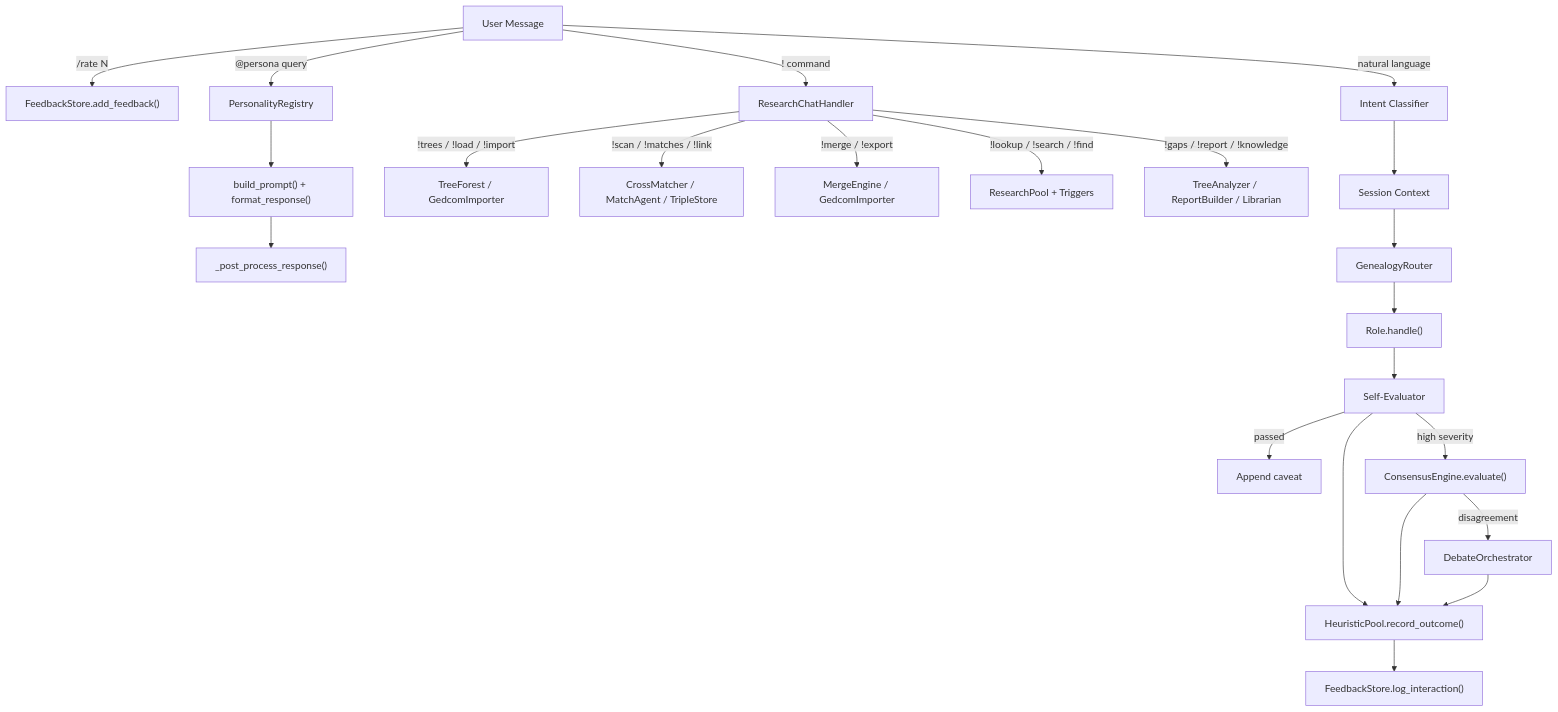
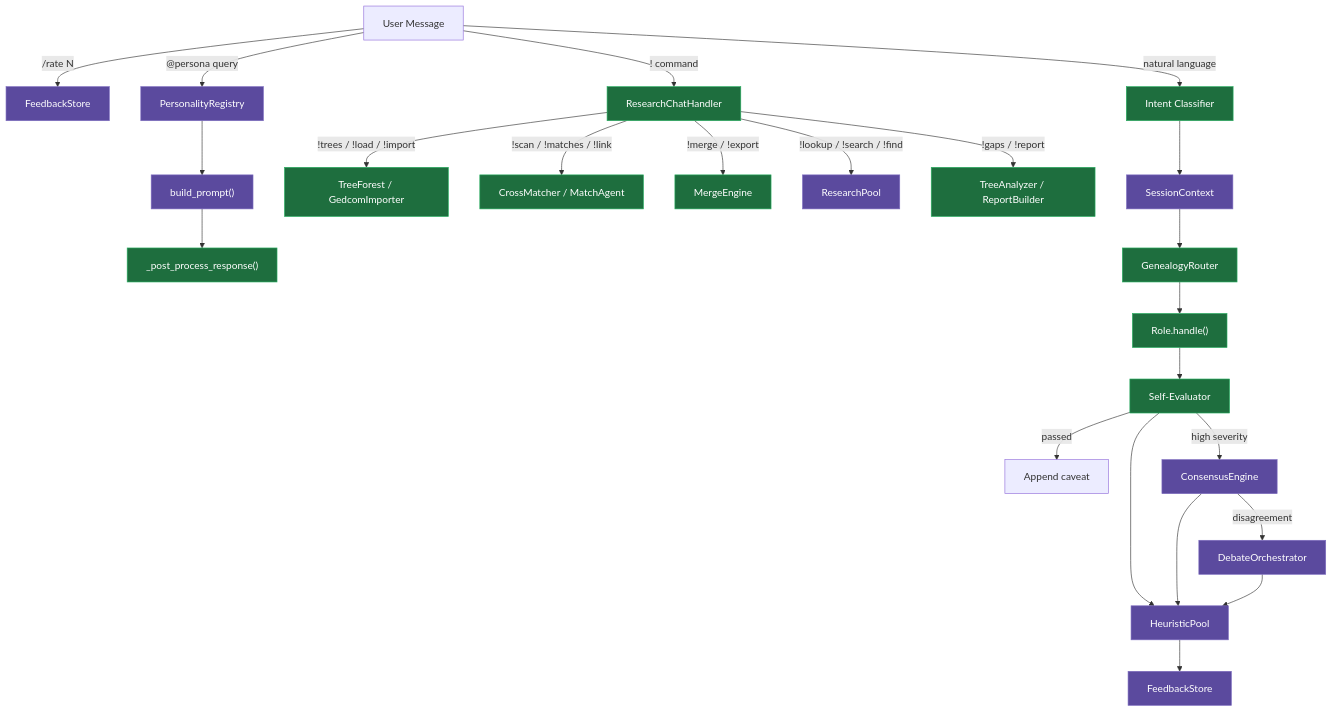
The second of 3 diagrams in docs/architecture.md (tolldog/khonliang-genealogy-example), drawn with Mermaid before and after one commit. The commit also changed other lines of this file and 1 other file, not shown here.

First line of the commit message:
Restructure architecture diagrams: per-block breakdown with khonliang purple color coding

````diff
--- a/docs/architecture.md
+++ b/docs/architecture.md
@@ -103,27 +127,30 @@
 ```mermaid
 flowchart TD
     Msg["User Message"]
 
-    Msg -->|"/rate N"| FB["FeedbackStore.add_feedback()"]
-    Msg -->|"@persona query"| PR["PersonalityRegistry"]
-    PR --> BP["build_prompt() + format_response()"]
-    BP --> PP["_post_process_response()"]
+    Msg -->|"/rate N"| FB["FeedbackStore"]:::purple
+    Msg -->|"@persona query"| PR["PersonalityRegistry"]:::purple
+    PR --> BP["build_prompt()"]:::purple
+    BP --> PP["_post_process_response()"]:::green
 
-    Msg -->|"! command"| CH["ResearchChatHandler"]
-    CH -->|"!trees / !load / !import"| Forest["TreeForest / GedcomImporter"]
-    CH -->|"!scan / !matches / !link"| Match["CrossMatcher / MatchAgent / TripleStore"]
-    CH -->|"!merge / !export"| Merge["MergeEngine / GedcomImporter"]
-    CH -->|"!lookup / !search / !find"| RP["ResearchPool + Triggers"]
-    CH -->|"!gaps / !report / !knowledge"| Analysis["TreeAnalyzer / ReportBuilder / Librarian"]
+    Msg -->|"! command"| CH["ResearchChatHandler"]:::green
+    CH -->|"!trees / !load / !import"| Forest["TreeForest / GedcomImporter"]:::green
+    CH -->|"!scan / !matches / !link"| Match["CrossMatcher / MatchAgent"]:::green
+    CH -->|"!merge / !export"| Merge["MergeEngine"]:::green
+    CH -->|"!lookup / !search / !find"| RP["ResearchPool"]:::purple
+    CH -->|"!gaps / !report"| Analysis["TreeAnalyzer / ReportBuilder"]:::green
 
-    Msg -->|"natural language"| IC["Intent Classifier"]
-    IC --> SC["Session Context"]
-    SC --> GR["GenealogyRouter"]
-    GR --> Role["Role.handle()"]
-    Role --> SE["Self-Evaluator"]
+    Msg -->|"natural language"| IC["Intent Classifier"]:::green
+    IC --> SC["SessionContext"]:::purple
+    SC --> GR["GenealogyRouter"]:::green
+    GR --> Role["Role.handle()"]:::green
+    Role --> SE["Self-Evaluator"]:::green
     SE -->|passed| Caveat["Append caveat"]
-    SE -->|high severity| CE["ConsensusEngine.evaluate()"]
-    CE -->|disagreement| DO["DebateOrchestrator"]
-    SE & CE & DO --> HP["HeuristicPool.record_outcome()"]
-    HP --> FS["FeedbackStore.log_interaction()"]
+    SE -->|high severity| CE["ConsensusEngine"]:::purple
+    CE -->|disagreement| DO["DebateOrchestrator"]:::purple
+    SE & CE & DO --> HP["HeuristicPool"]:::purple
+    HP --> FS["FeedbackStore"]:::purple
+
+    classDef purple fill:#5b4a9e,stroke:#7c6bbf,color:#fff
+    classDef green fill:#1e6e3e,stroke:#27ae60,color:#fff
 ```
````
